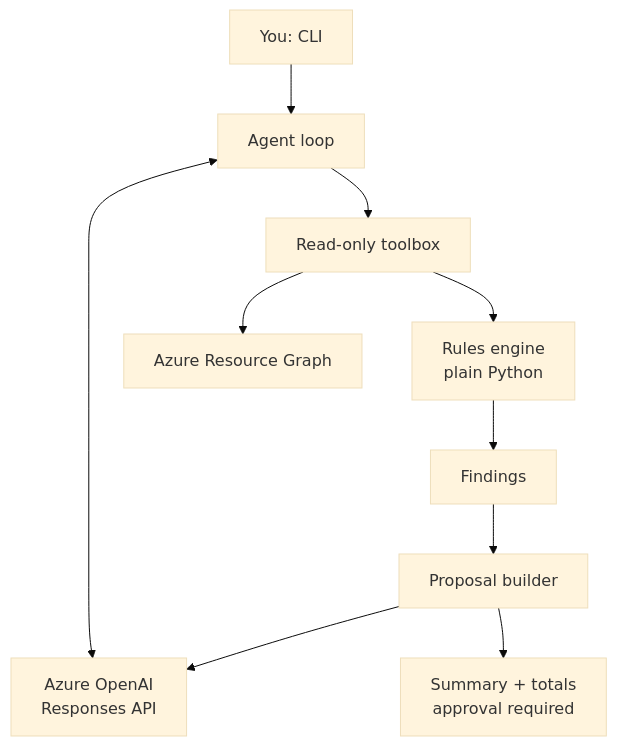
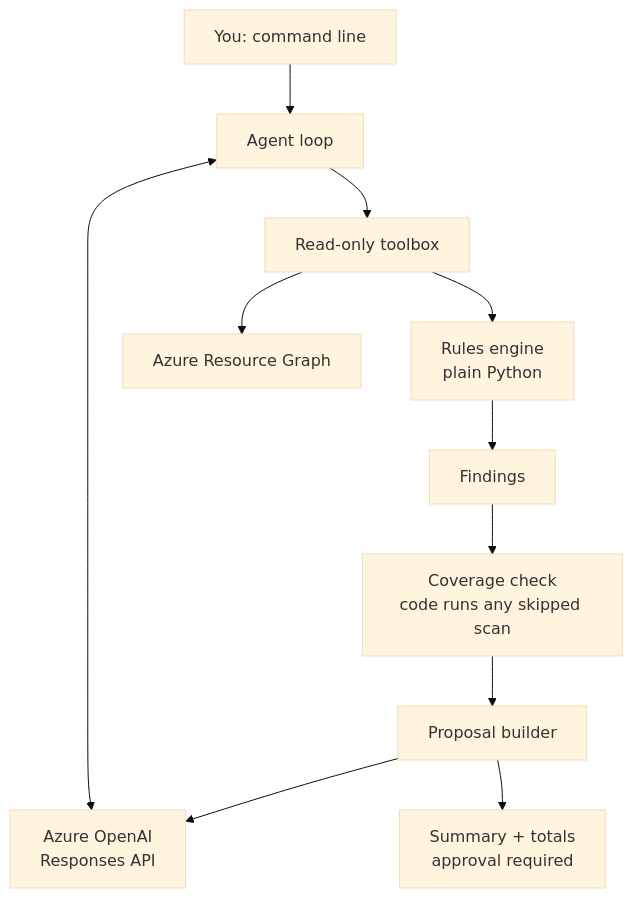
One commit to robinpats182/finops-agent changed the diagram in README.md. Above: the diagram before and after it, drawn with Mermaid (base theme). The commit also changed other lines of this file, not shown here.

````diff
--- a/README.md
+++ b/README.md
@@ -30,12 +58,13 @@
 ```mermaid
 flowchart TD
-    U[You: CLI] --> A[Agent loop]
+    U[You: command line] --> A[Agent loop]
     A <--> L[Azure OpenAI<br/>Responses API]
     A --> T[Read-only toolbox]
     T --> RG[Azure Resource Graph]
     T --> R[Rules engine<br/>plain Python]
     R --> F[Findings]
-    F --> P[Proposal builder]
+    F --> C[Coverage check<br/>code runs any skipped scan]
+    C --> P[Proposal builder]
     P --> L
     P --> O[Summary + totals<br/>approval required]
 ```
````
